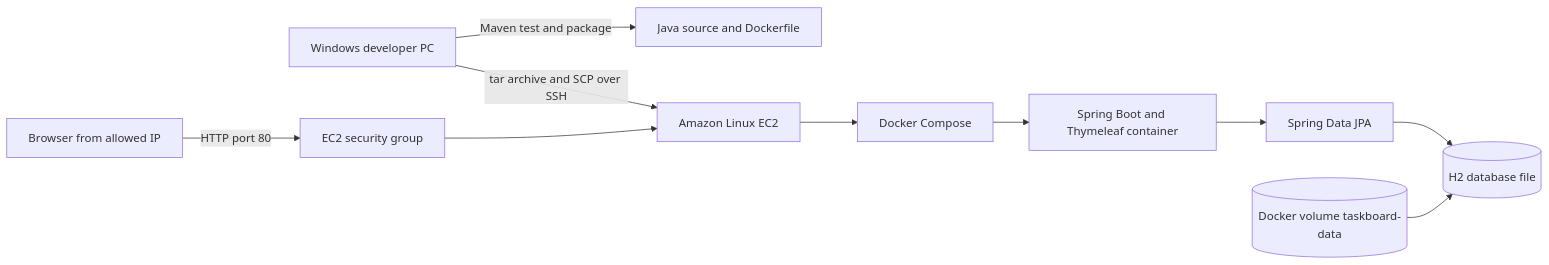
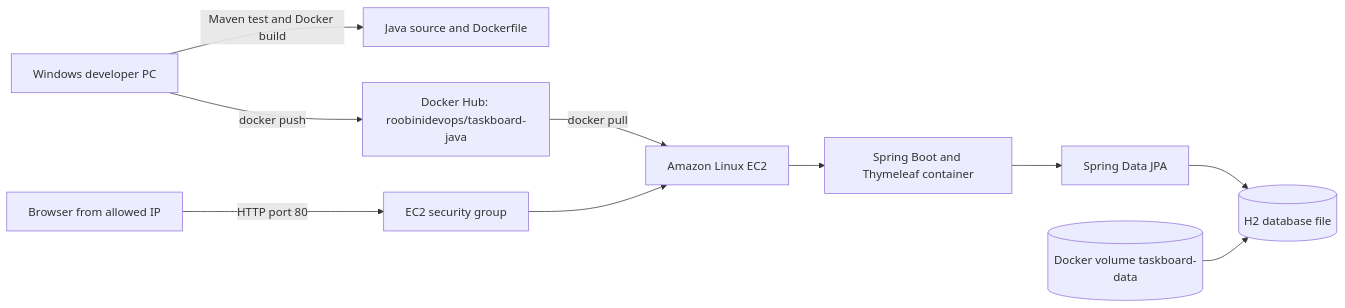
One commit to Roobini-code/java-project changed the second of 3 diagrams in EC2-DEPLOYMENT-GUIDE.md. Above: the diagram before and after it, drawn with Mermaid. The commit also changed other lines of this file, not shown here.

````diff
--- a/EC2-DEPLOYMENT-GUIDE.md
+++ b/EC2-DEPLOYMENT-GUIDE.md
@@ -28,12 +29,12 @@
 ```mermaid
 flowchart LR
-    Developer[Windows developer PC] -->|Maven test and package| Source[Java source and Dockerfile]
-    Developer -->|tar archive and SCP over SSH| Instance[Amazon Linux EC2]
+    Developer[Windows developer PC] -->|Maven test and Docker build| Source[Java source and Dockerfile]
+    Developer -->|docker push| Registry[Docker Hub: roobinidevops/taskboard-java]
+    Registry -->|docker pull| Instance[Amazon Linux EC2]
     Internet[Browser from allowed IP] -->|HTTP port 80| SecurityGroup[EC2 security group]
     SecurityGroup --> Instance
-    Instance --> Compose[Docker Compose]
-    Compose --> App[Spring Boot and Thymeleaf container]
+    Instance --> App[Spring Boot and Thymeleaf container]
     App --> Repository[Spring Data JPA]
     Repository --> Database[(H2 database file)]
     Volume[(Docker volume taskboard-data)] --> Database
 ```
````
